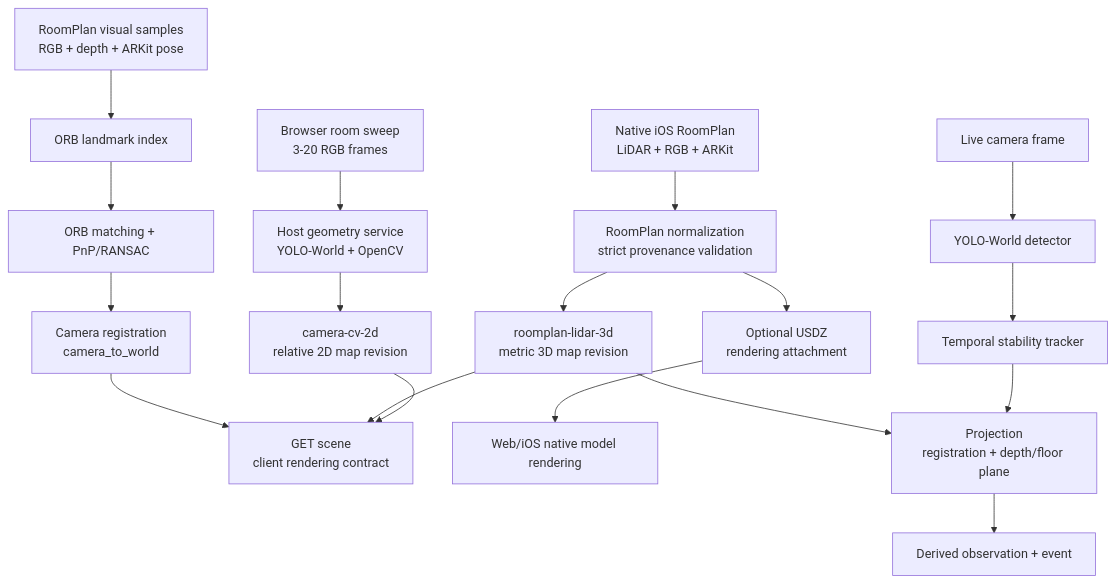
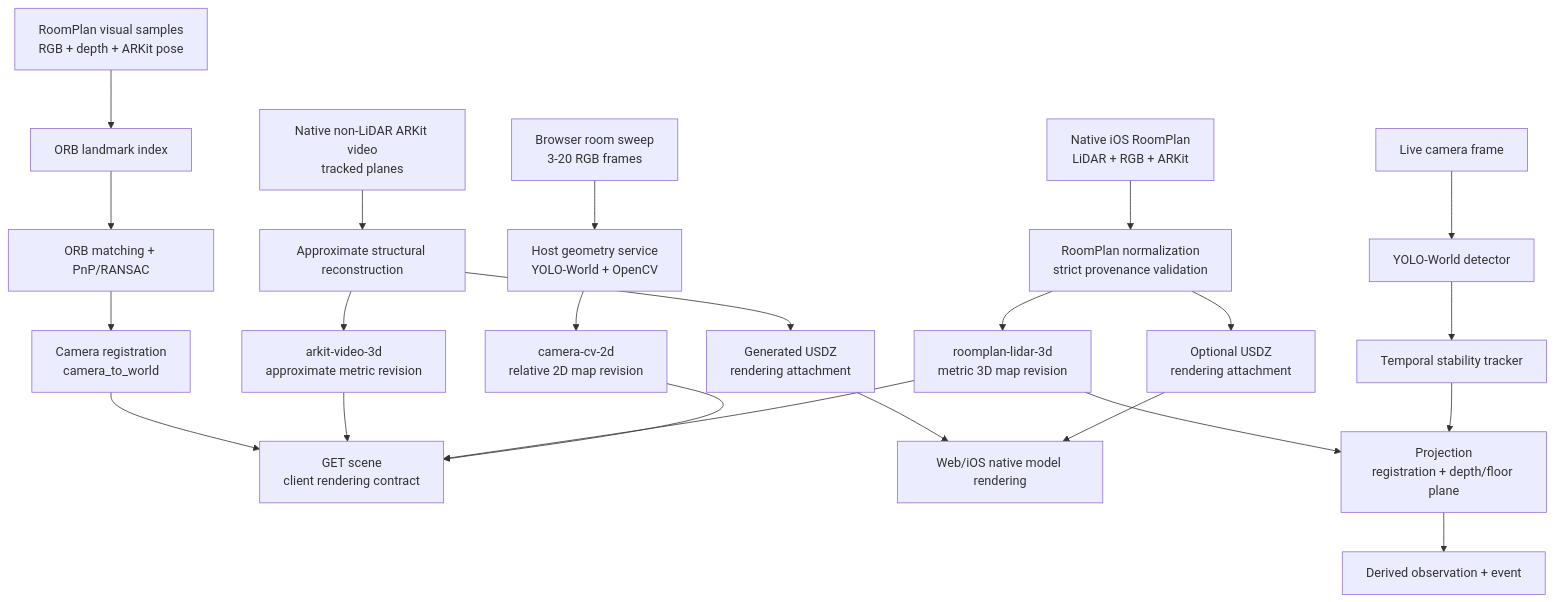
The first of 3 diagrams in pages/api/spatial-vision.md (0xbiel/one-docs), drawn with Mermaid before and after one commit. The commit also changed other lines of this file and 2 other files, not shown here.

Commit message:
Document native mapping and camera overlays

````diff
--- a/pages/api/spatial-vision.md
+++ b/pages/api/spatial-vision.md
@@ -36,24 +37,30 @@
 ```mermaid
 flowchart TD
     rgbSweep[Browser room sweep\n3-20 RGB frames] --> geometryWorker[Host geometry service\nYOLO-World + OpenCV]
     geometryWorker --> map2d[camera-cv-2d\nrelative 2D map revision]
 
     lidar[Native iOS RoomPlan\nLiDAR + RGB + ARKit] --> normalize[RoomPlan normalization\nstrict provenance validation]
     normalize --> map3d[roomplan-lidar-3d\nmetric 3D map revision]
     normalize --> usdz[Optional USDZ\nrendering attachment]
 
+    arkitVideo[Native non-LiDAR ARKit video\ntracked planes] --> arkitReconstruct[Approximate structural reconstruction]
+    arkitReconstruct --> arkit3d[arkit-video-3d\napproximate metric revision]
+    arkitReconstruct --> arkitUsdz[Generated USDZ\nrendering attachment]
+
     map2d --> scene[GET scene\nclient rendering contract]
     map3d --> scene
+    arkit3d --> scene
     usdz --> render[Web/iOS native model rendering]
+    arkitUsdz --> render
 
     scanSamples[RoomPlan visual samples\nRGB + depth + ARKit pose] --> landmarks[ORB landmark index]
     landmarks --> localization[ORB matching + PnP/RANSAC]
     localization --> registration[Camera registration\ncamera_to_world]
     registration --> scene
 
     liveFrame[Live camera frame] --> detector[YOLO-World detector]
     detector --> tracker[Temporal stability tracker]
     tracker --> projection[Projection\nregistration + depth/floor plane]
     projection --> observation[Derived observation + event]
     map3d --> projection
 ```
````
